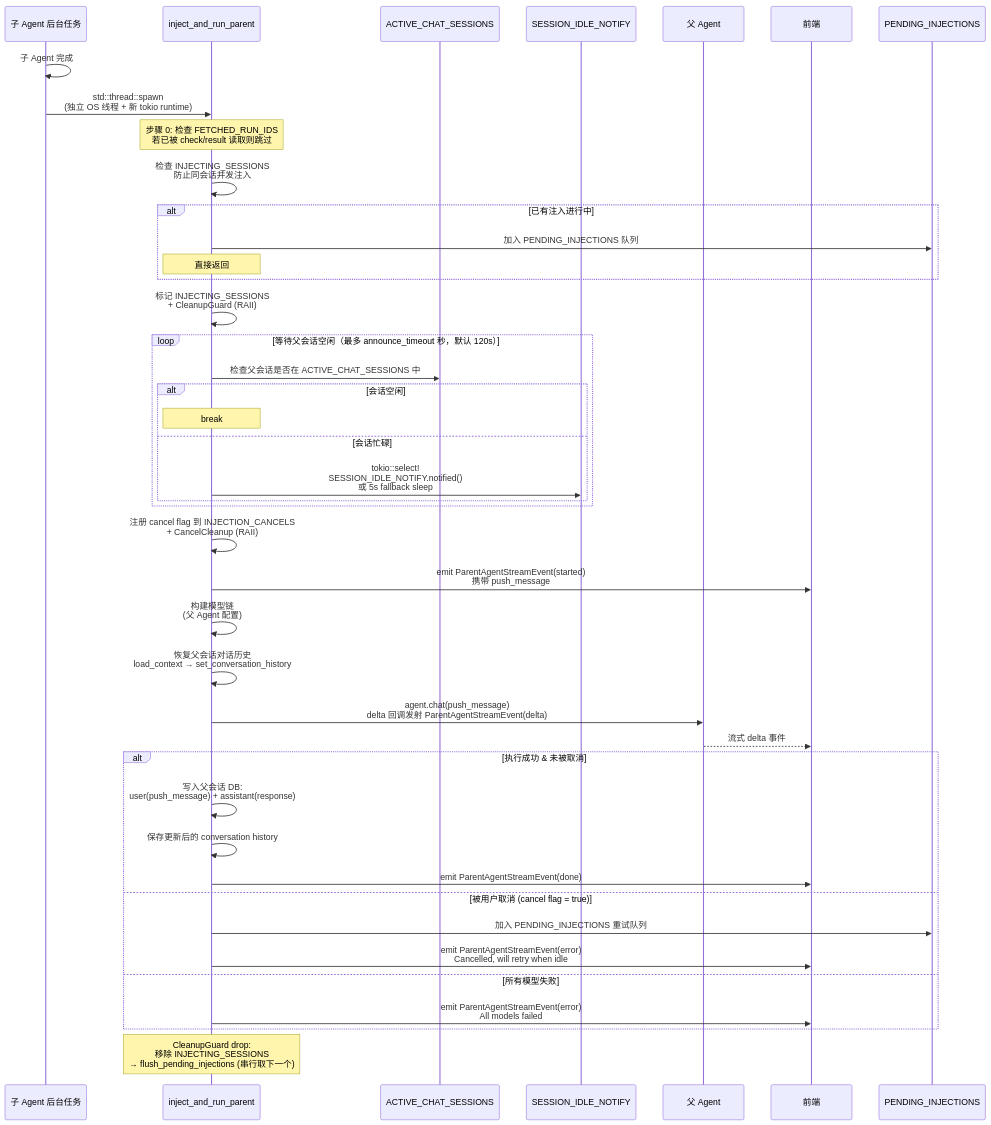
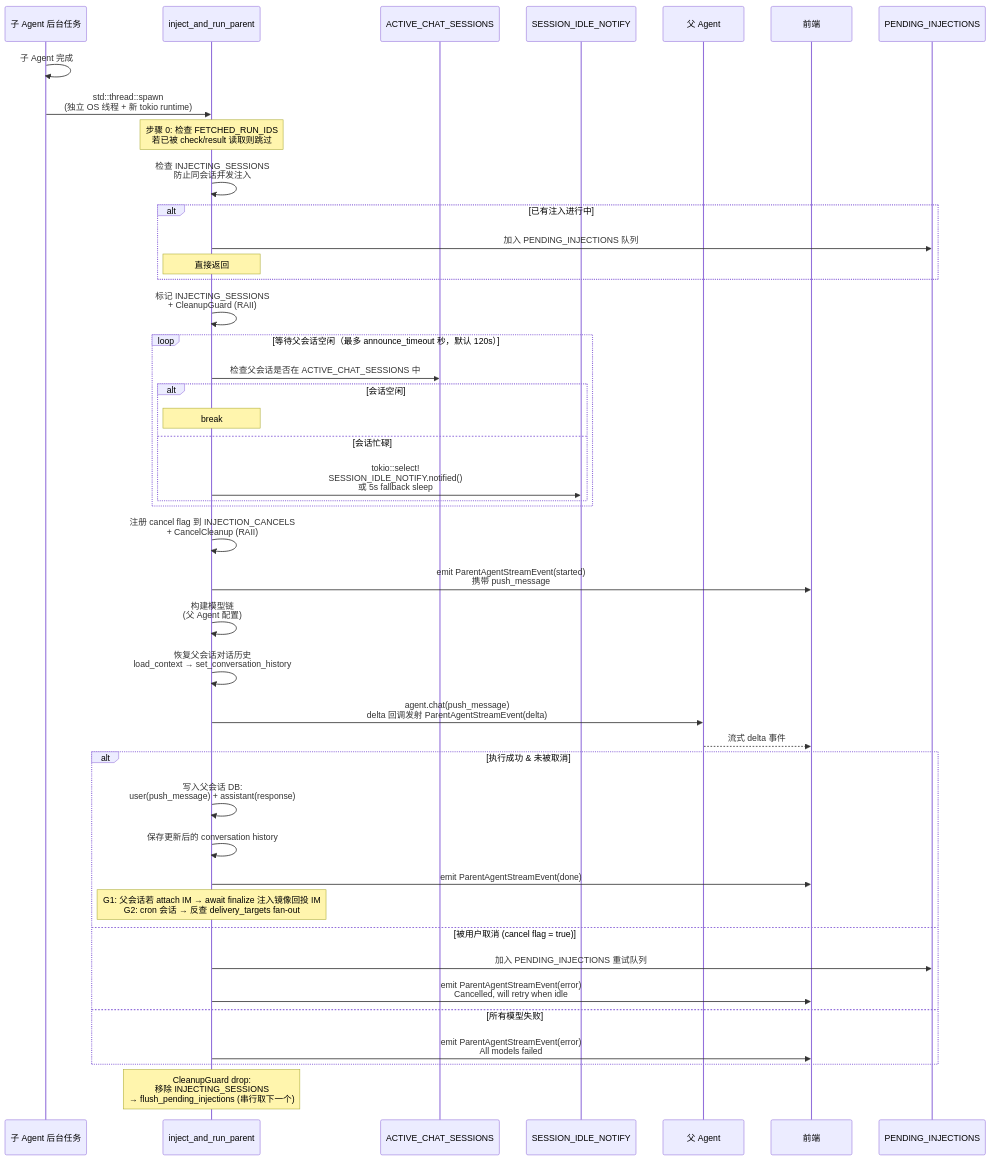
The second of 2 diagrams in mirrors/repos/shiwenwen@hope-agent/docs/architecture/subagent.md (gabrielmoreira/agent-skills-mirror), drawn with Mermaid before and after one commit. The commit also changed other lines of this file and 4323 other files, not shown here.

````diff
--- a/mirrors/repos/shiwenwen@hope-agent/docs/architecture/subagent.md
+++ b/mirrors/repos/shiwenwen@hope-agent/docs/architecture/subagent.md
@@ -160,54 +171,55 @@
 ```mermaid
 sequenceDiagram
     participant Sub as 子 Agent 后台任务
     participant Inj as inject_and_run_parent
     participant ACS as ACTIVE_CHAT_SESSIONS
     participant Notify as SESSION_IDLE_NOTIFY
     participant Parent as 父 Agent
     participant FE as 前端
     participant Queue as PENDING_INJECTIONS
 
     Sub->>Sub: 子 Agent 完成
     Sub->>Inj: std::thread::spawn<br/>(独立 OS 线程 + 新 tokio runtime)
 
     Note over Inj: 步骤 0: 检查 FETCHED_RUN_IDS<br/>若已被 check/result 读取则跳过
 
     Inj->>Inj: 检查 INJECTING_SESSIONS<br/>防止同会话并发注入
     alt 已有注入进行中
         Inj->>Queue: 加入 PENDING_INJECTIONS 队列
         Note over Inj: 直接返回
     end
 
     Inj->>Inj: 标记 INJECTING_SESSIONS<br/>+ CleanupGuard (RAII)
 
     loop 等待父会话空闲（最多 announce_timeout 秒，默认 120s）
         Inj->>ACS: 检查父会话是否在 ACTIVE_CHAT_SESSIONS 中
         alt 会话空闲
             Note over Inj: break
         else 会话忙碌
             Inj->>Notify: tokio::select!<br/>SESSION_IDLE_NOTIFY.notified()<br/>或 5s fallback sleep
         end
     end
 
     Inj->>Inj: 注册 cancel flag 到 INJECTION_CANCELS<br/>+ CancelCleanup (RAII)
     Inj->>FE: emit ParentAgentStreamEvent(started)<br/>携带 push_message
 
     Inj->>Inj: 构建模型链<br/>(父 Agent 配置)
     Inj->>Inj: 恢复父会话对话历史<br/>load_context → set_conversation_history
 
     Inj->>Parent: agent.chat(push_message)<br/>delta 回调发射 ParentAgentStreamEvent(delta)
     Parent-->>FE: 流式 delta 事件
 
     alt 执行成功 & 未被取消
         Inj->>Inj: 写入父会话 DB:<br/>user(push_message) + assistant(response)
         Inj->>Inj: 保存更新后的 conversation history
         Inj->>FE: emit ParentAgentStreamEvent(done)
+        Note over Inj: G1: 父会话若 attach IM → await finalize 注入镜像回投 IM<br/>G2: cron 会话 → 反查 delivery_targets fan-out
     else 被用户取消 (cancel flag = true)
         Inj->>Queue: 加入 PENDING_INJECTIONS 重试队列
         Inj->>FE: emit ParentAgentStreamEvent(error)<br/>Cancelled, will retry when idle
     else 所有模型失败
         Inj->>FE: emit ParentAgentStreamEvent(error)<br/>All models failed
     end
 
     Note over Inj: CleanupGuard drop:<br/>移除 INJECTING_SESSIONS<br/>→ flush_pending_injections (串行取下一个)
 ```
````
